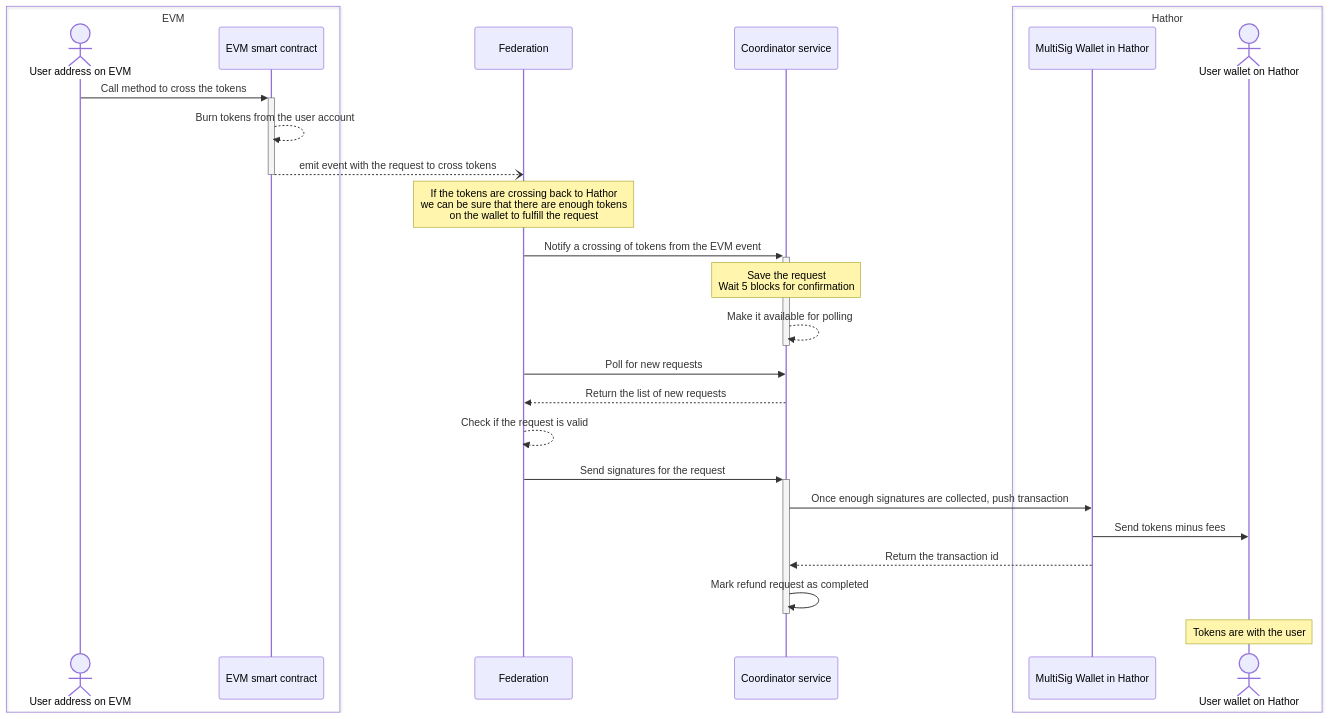
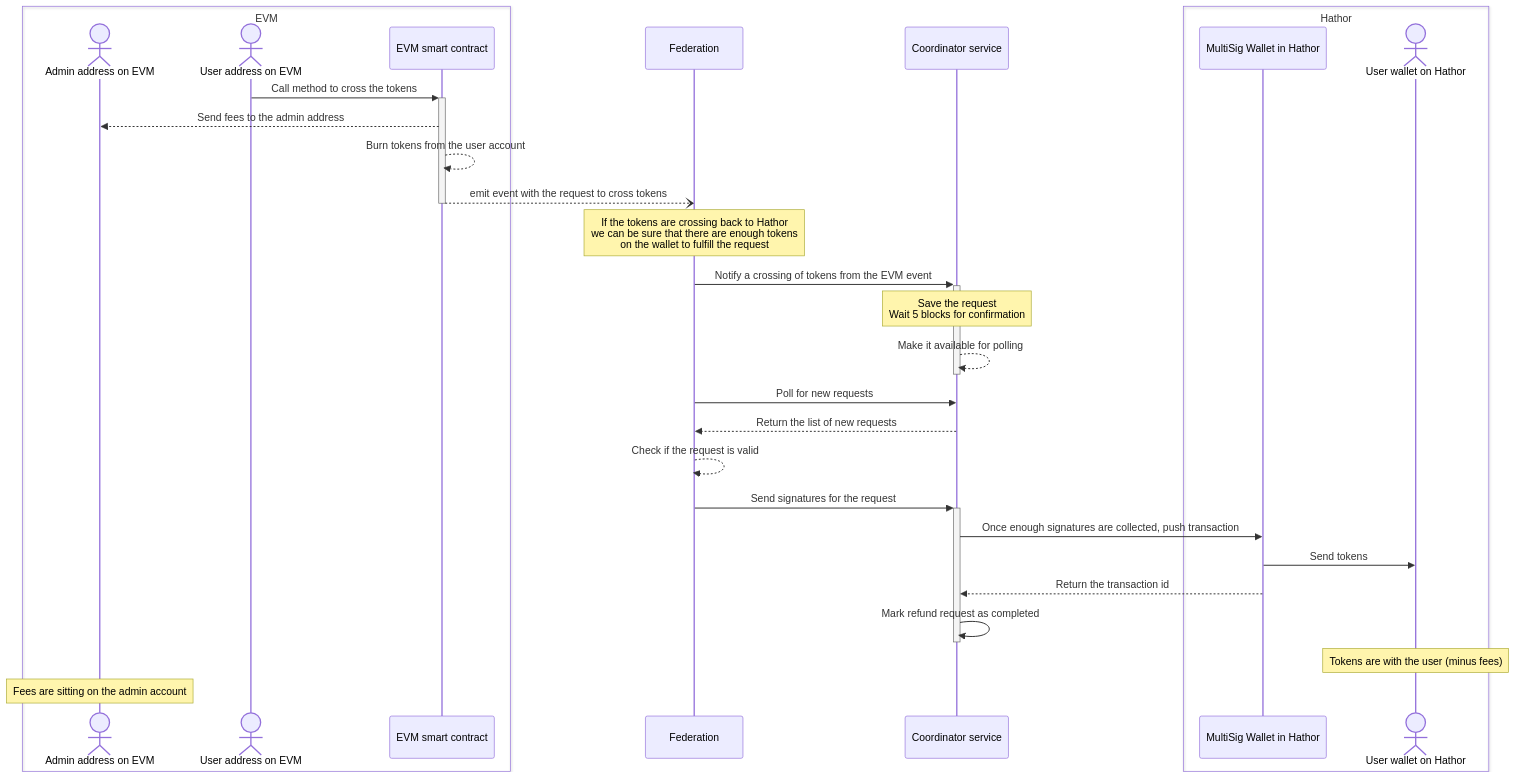
One commit to HathorNetwork/rfcs changed the third of 6 diagrams in projects/evm-compatible-bridge/design.md. Above: the diagram before and after it, drawn with Mermaid. The commit also changed other lines of this file and 1 other file, not shown here.

````diff
--- a/projects/evm-compatible-bridge/design.md
+++ b/projects/evm-compatible-bridge/design.md
@@ -128,31 +128,34 @@
 ```mermaid
 sequenceDiagram
   box EVM
+  actor admin as Admin address on EVM
   actor userE as User address on EVM
   participant evm as EVM smart contract
   end
   participant fed as Federation
   participant cood as Coordinator service
   box Hathor
   participant ms as MultiSig Wallet in Hathor
   actor userH as User wallet on Hathor
   end
   
   userE->>+evm: Call method to cross the tokens
+  evm-->>admin: Send fees to the admin address
   evm-->>evm: Burn tokens from the user account
   evm--)-fed: emit event with the request to cross tokens
   Note over fed: If the tokens are crossing back to Hathor<br/>we can be sure that there are enough tokens<br/>on the wallet to fulfill the request
   fed->>+cood: Notify a crossing of tokens from the EVM event
   Note over cood: Save the request<br/>Wait 5 blocks for confirmation
   cood-->>-cood: Make it available for polling
 
   fed->>cood: Poll for new requests
   cood-->>fed: Return the list of new requests
   fed-->>fed: Check if the request is valid
   fed->>+cood: Send signatures for the request
   cood->>ms: Once enough signatures are collected, push transaction
-  ms->>userH: Send tokens minus fees
+  ms->>userH: Send tokens
   ms-->>cood: Return the transaction id
   cood->>-cood: Mark refund request as completed
-  Note over userH: Tokens are with the user
+  Note over userH: Tokens are with the user (minus fees)
+  Note over admin: Fees are sitting on the admin account
 ```
````
